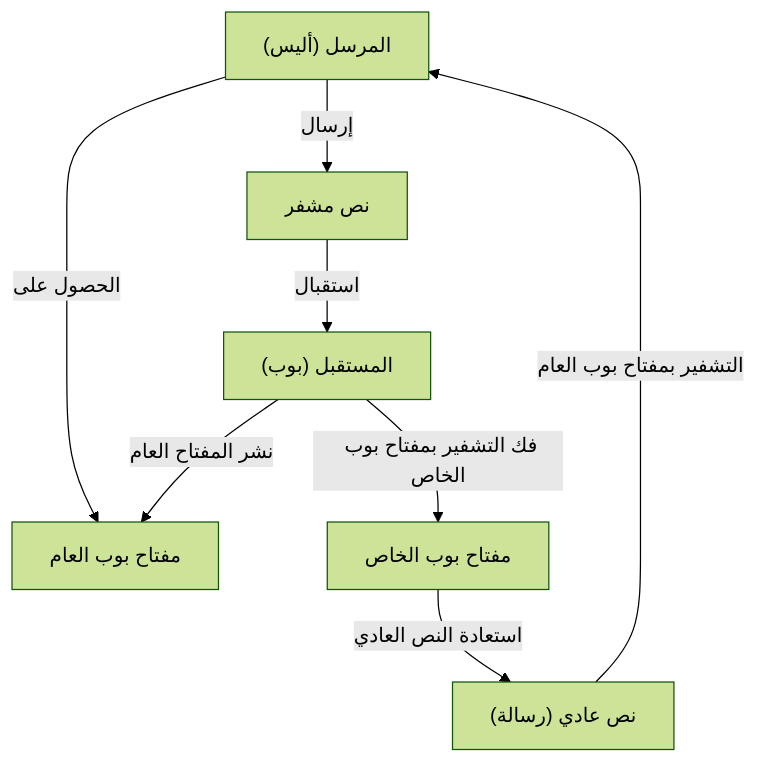
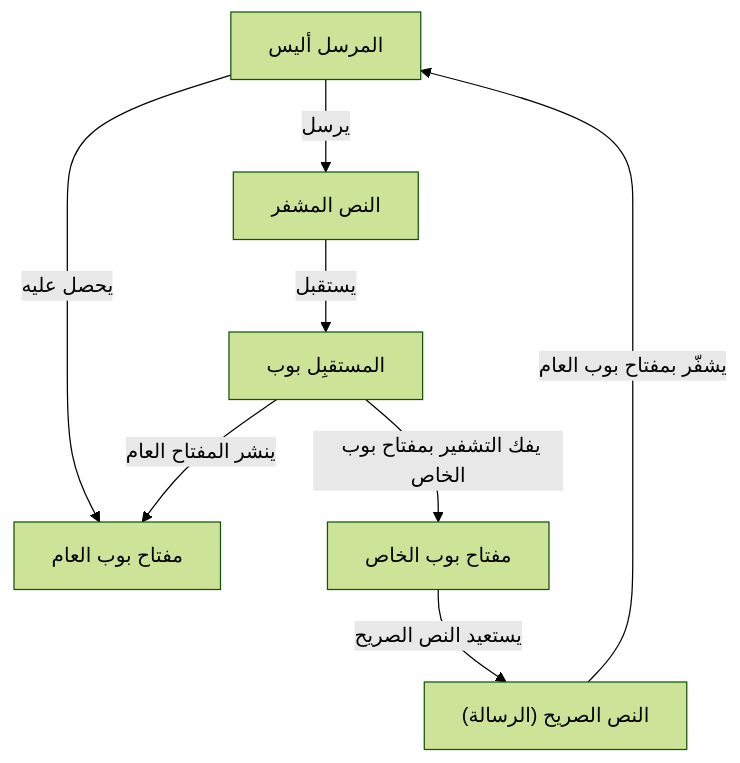
One commit to kenjinote/blog changed the first of 3 diagrams in content/post/modern-cryptography-public-key-hash-signature/index.ar.md. Above: the diagram before and after it, drawn with Mermaid (forest theme). The commit also changed other lines of this file and 14 other files, not shown here.

````diff
--- a/content/post/modern-cryptography-public-key-hash-signature/index.ar.md
+++ b/content/post/modern-cryptography-public-key-hash-signature/index.ar.md
@@ -37,17 +36,16 @@
 ```mermaid
 graph TD
-    A["المرسل (أليس)"]
-    B["المستقبل (بوب)"]
+    A["المرسل أليس"]
+    B["المستقبِل بوب"]
     K_Pub["مفتاح بوب العام"]
     K_Priv["مفتاح بوب الخاص"]
-    P["نص عادي (رسالة)"]
-    C["نص مشفر"]
-
-    B -->|"نشر المفتاح العام"| K_Pub
-    A -->|"الحصول على"| K_Pub
-    P -->|"التشفير بمفتاح بوب العام"| A
-    A -->|"إرسال"| C
-    C -->|"استقبال"| B
-    B -->|"فك التشفير بمفتاح بوب الخاص"| K_Priv
-    K_Priv -->|"استعادة النص العادي"| P
+    P["النص الصريح (الرسالة)"]
+    C["النص المشفر"]
+    B -->|"ينشر المفتاح العام"| K_Pub
+    A -->|"يحصل عليه"| K_Pub
+    P -->|"يشفّر بمفتاح بوب العام"| A
+    A -->|"يرسل"| C
+    C -->|"يستقبل"| B
+    B -->|"يفك التشفير بمفتاح بوب الخاص"| K_Priv
+    K_Priv -->|"يستعيد النص الصريح"| P
 ```
````
